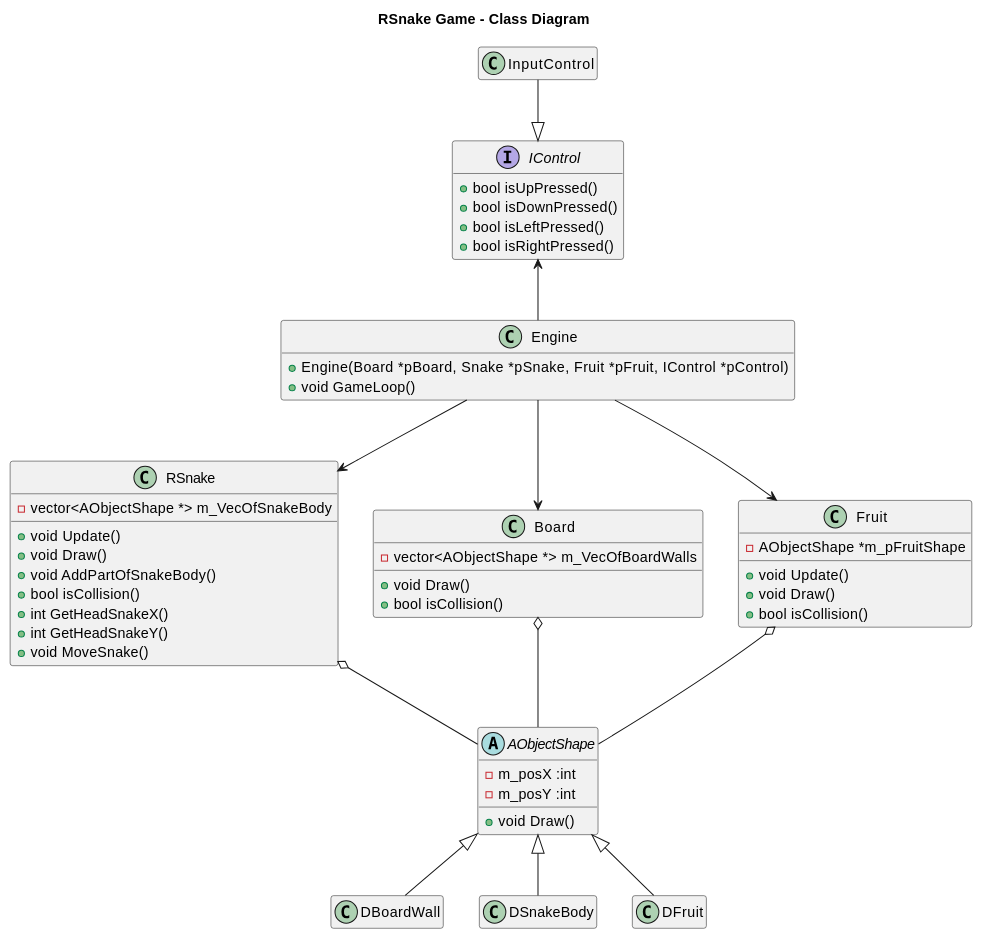
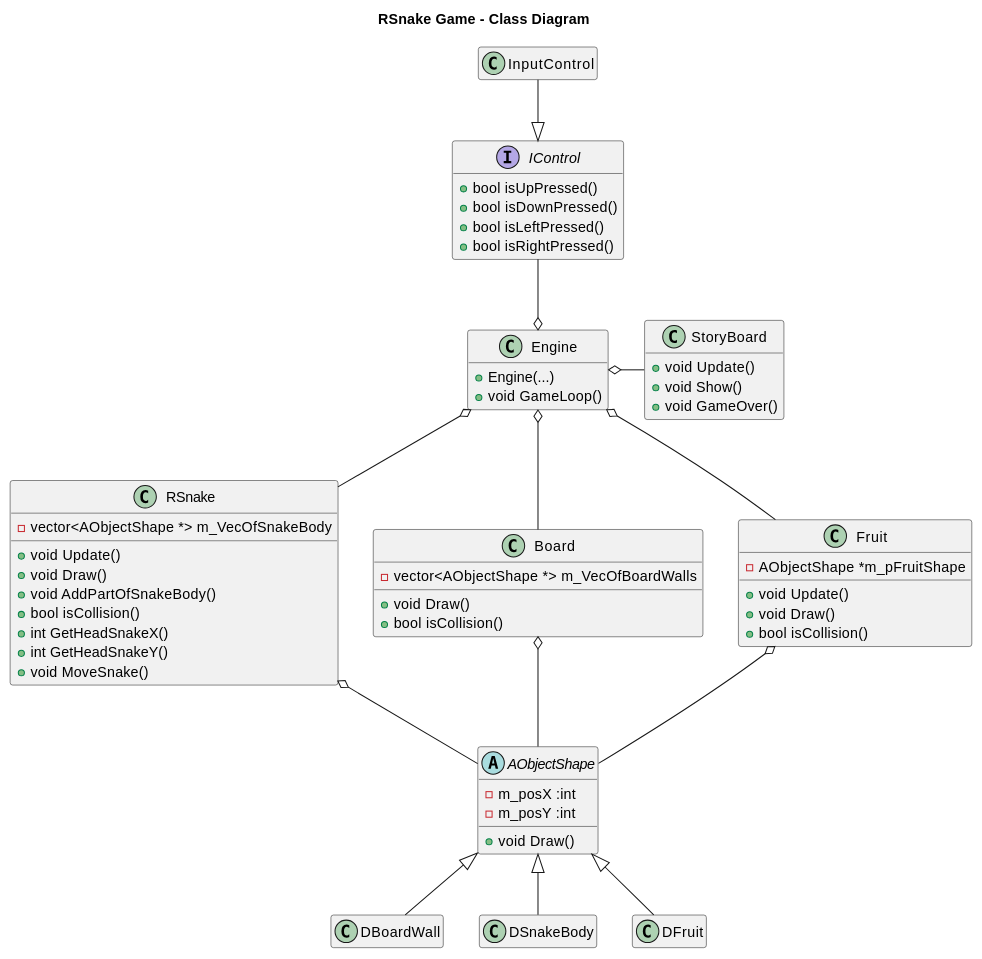
One commit to calkas/RSnake changed the diagram in README.md. Above: the diagram before and after it, drawn with PlantUML. The commit also changed other lines of this file and 2 other files, not shown here.

Commit message:
Documentation update

```diff
--- a/README.md
+++ b/README.md
@@ -18,7 +19,7 @@
 title RSnake Game - Class Diagram
 
 class Engine {
-  +Engine(Board *pBoard, Snake *pSnake, Fruit *pFruit, IControl *pControl)
+  +Engine(...)
   +void GameLoop()
 }
 
@@ -44,6 +45,12 @@
  + void Draw()
  +bool isCollision()
  -AObjectShape *m_pFruitShape
+}
+
+class StoryBoard {
+ + void Update()
+ + void Show()
+ + void GameOver()
 }
 
 interface IControl{
@@ -76,10 +83,11 @@
 AObjectShape <|-down- DBoardWall
 AObjectShape <|-down- DFruit
 
-Engine --> RSnake
-Engine --> Board
-Engine --> Fruit
-Engine -up-> IControl
+Engine o-- RSnake
+Engine o-- Board
+Engine o-- Fruit
+Engine o-right- StoryBoard
+Engine o-up- IControl
 
 RSnake o-- AObjectShape
 Board  o-- AObjectShape
```
